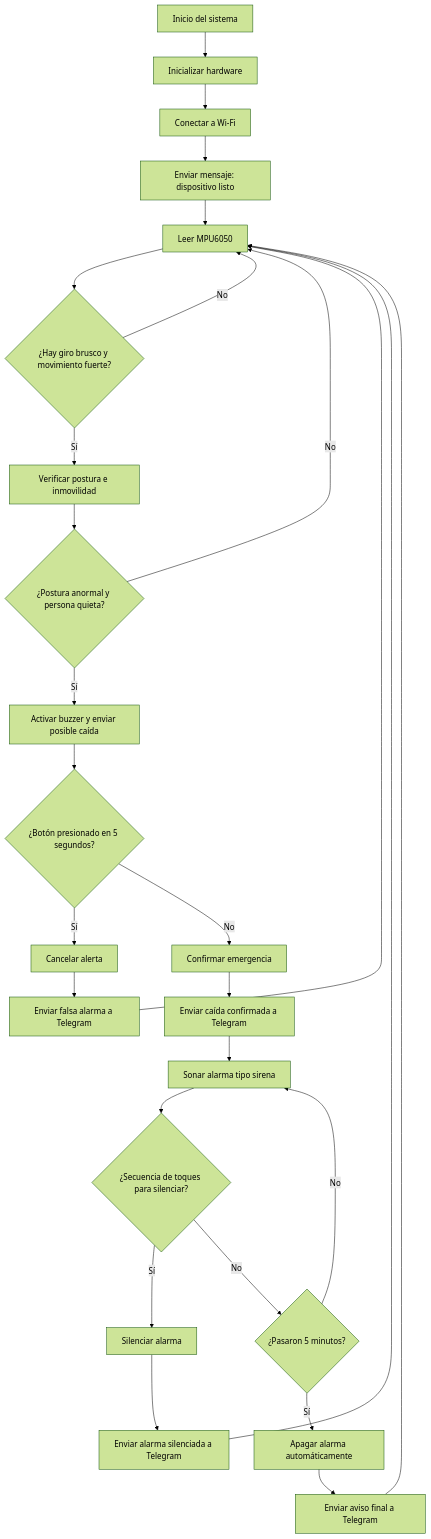
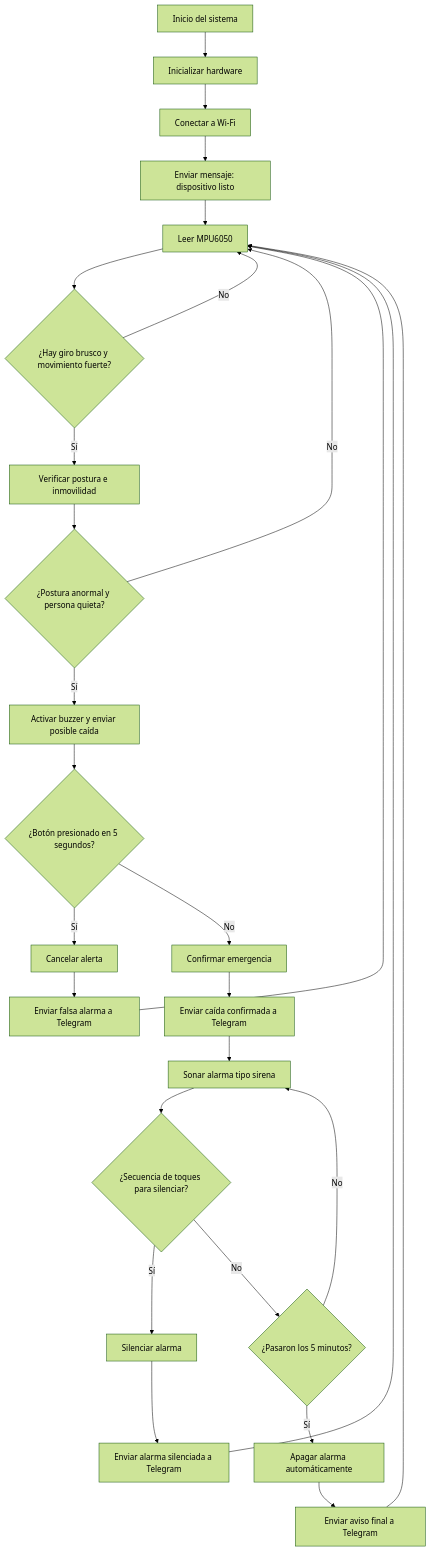
Before and after one commit to Harold855/Detector_de_Caidas-Raspberry_Pi_Pico_W: the diagram in README.md, drawn with Mermaid (forest theme).

Commit message:
README.md

````diff
--- a/README.md
+++ b/README.md
@@ -78,37 +78,37 @@
 ```mermaid
 flowchart TD 
    A[Inicio del sistema] --> B[Inicializar hardware] 
    B --> C[Conectar a Wi-Fi] 
    C --> D[Enviar mensaje: dispositivo listo] 
    D --> E[Leer MPU6050] 
    
    E --> F{¿Hay giro brusco y movimiento fuerte?} 
    
    F -- No --> E 
    F -- Sí --> G[Verificar postura e inmovilidad]
    G --> H{¿Postura anormal y persona quieta?} 
    H -- No --> E 
    H -- Sí --> I[Activar buzzer y enviar posible caída] 
    
    I --> J{¿Botón presionado en 5 segundos?} 
    
    J -- Sí --> K[Cancelar alerta] 
    K --> L[Enviar falsa alarma a Telegram]
    L --> E 
    
    J -- No --> M[Confirmar emergencia] 
    M --> N[Enviar caída confirmada a Telegram] 
    N --> O[Sonar alarma tipo sirena]
    
    O --> P{¿Secuencia de toques para silenciar?} 
    
    P -- Sí --> Q[Silenciar alarma]
    Q --> R[Enviar alarma silenciada a Telegram]
    R --> E
-
-   P -- No --> S{¿Pasaron 5 minutos?}
+  
+   P -- No --> S{¿Pasaron los 5 minutos?}
    S -- No --> O
    S -- Sí --> T[Apagar alarma automáticamente]
    T --> U[Enviar aviso final a Telegram]
    U --> E
 ```
````
